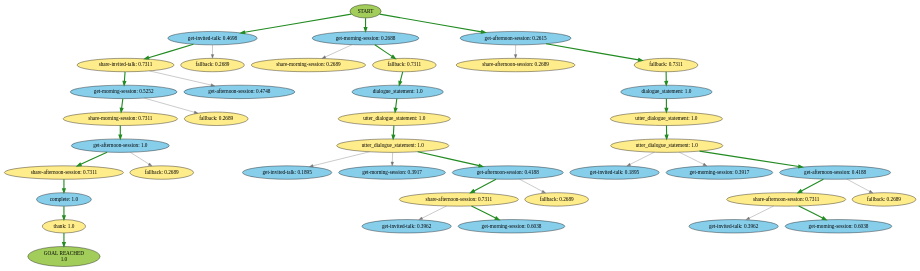
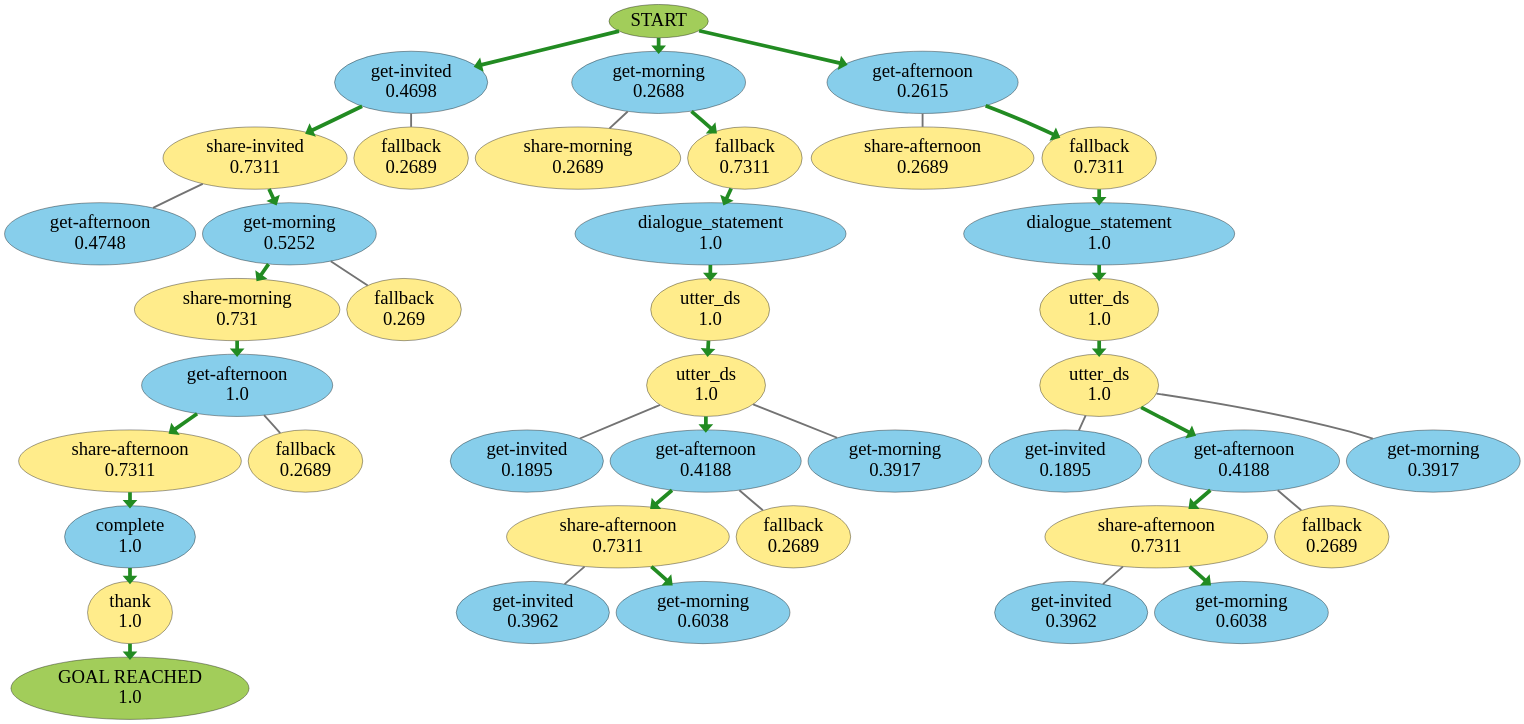
One commit to IBM/contingent-plan-executor changed the diagram in icaps_hi_f.gv. Above: the diagram before and after it, drawn with Graphviz. The commit also changed 9 other files, not shown here.

Commit message:
update utter_dialogue_statement to utter_ds

```diff
--- a/icaps_hi_f.gv
+++ b/icaps_hi_f.gv
@@ -1,106 +1,144 @@
 strict digraph {
-	0 [label=START fillcolor=darkolivegreen3 style=filled]
-	1 [label="get-invited-talk: 0.4698" fillcolor=skyblue style=filled]
-	0 -> 1 [color=forestgreen penwidth=3.0 style=dashed]
-	2 [label="get-morning-session: 0.2688" fillcolor=skyblue style=filled]
-	0 -> 2 [color=forestgreen penwidth=3.0 style=dashed]
-	3 [label="get-afternoon-session: 0.2615" fillcolor=skyblue style=filled]
-	0 -> 3 [color=forestgreen penwidth=3.0 style=dashed]
-	4 [label="share-invited-talk: 0.7311" fillcolor=lightgoldenrod1 style=filled]
-	1 -> 4 [color=forestgreen penwidth=3.0 style=dashed]
-	5 [label="fallback: 0.2689" fillcolor=lightgoldenrod1 style=filled]
-	1 -> 5 [color=grey45 penwidth=1.0 style=solid]
-	6 [label="share-morning-session: 0.2689" fillcolor=lightgoldenrod1 style=filled]
-	2 -> 6 [color=grey45 penwidth=1.0 style=solid]
-	7 [label="fallback: 0.7311" fillcolor=lightgoldenrod1 style=filled]
-	2 -> 7 [color=forestgreen penwidth=3.0 style=dashed]
-	8 [label="share-afternoon-session: 0.2689" fillcolor=lightgoldenrod1 style=filled]
-	3 -> 8 [color=grey45 penwidth=1.0 style=solid]
-	9 [label="fallback: 0.7311" fillcolor=lightgoldenrod1 style=filled]
-	3 -> 9 [color=forestgreen penwidth=3.0 style=dashed]
-	10 [label="get-morning-session: 0.5252" fillcolor=skyblue style=filled]
-	4 -> 10 [color=forestgreen penwidth=3.0 style=dashed]
-	11 [label="get-afternoon-session: 0.4748" fillcolor=skyblue style=filled]
-	4 -> 11 [color=grey45 penwidth=1.0 style=solid]
-	12 [label="dialogue_statement: 1.0" fillcolor=skyblue style=filled]
-	7 -> 12 [color=forestgreen penwidth=3.0 style=dashed]
-	13 [label="dialogue_statement: 1.0" fillcolor=skyblue style=filled]
-	9 -> 13 [color=forestgreen penwidth=3.0 style=dashed]
-	14 [label="utter_dialogue_statement: 1.0" fillcolor=lightgoldenrod1 style=filled]
-	12 -> 14 [color=forestgreen penwidth=3.0 style=dashed]
-	15 [label="utter_dialogue_statement: 1.0" fillcolor=lightgoldenrod1 style=filled]
-	13 -> 15 [color=forestgreen penwidth=3.0 style=dashed]
-	16 [label="utter_dialogue_statement: 1.0" fillcolor=lightgoldenrod1 style=filled]
-	14 -> 16 [color=forestgreen penwidth=3.0 style=dashed]
-	17 [label="utter_dialogue_statement: 1.0" fillcolor=lightgoldenrod1 style=filled]
-	15 -> 17 [color=forestgreen penwidth=3.0 style=dashed]
-	18 [label="share-morning-session: 0.7311" fillcolor=lightgoldenrod1 style=filled]
-	10 -> 18 [color=forestgreen penwidth=3.0 style=dashed]
-	19 [label="fallback: 0.2689" fillcolor=lightgoldenrod1 style=filled]
-	10 -> 19 [color=grey45 penwidth=1.0 style=solid]
-	20 [label="get-invited-talk: 0.1895" fillcolor=skyblue style=filled]
-	16 -> 20 [color=grey45 penwidth=1.0 style=solid]
-	21 [label="get-morning-session: 0.3917" fillcolor=skyblue style=filled]
-	16 -> 21 [color=grey45 penwidth=1.0 style=solid]
-	22 [label="get-afternoon-session: 0.4188" fillcolor=skyblue style=filled]
-	16 -> 22 [color=forestgreen penwidth=3.0 style=dashed]
-	23 [label="get-invited-talk: 0.1895" fillcolor=skyblue style=filled]
-	17 -> 23 [color=grey45 penwidth=1.0 style=solid]
-	24 [label="get-morning-session: 0.3917" fillcolor=skyblue style=filled]
-	17 -> 24 [color=grey45 penwidth=1.0 style=solid]
-	25 [label="get-afternoon-session: 0.4188" fillcolor=skyblue style=filled]
-	17 -> 25 [color=forestgreen penwidth=3.0 style=dashed]
-	26 [label="get-afternoon-session: 1.0" fillcolor=skyblue style=filled]
-	18 -> 26 [color=forestgreen penwidth=3.0 style=dashed]
-	27 [label="share-afternoon-session: 0.7311" fillcolor=lightgoldenrod1 style=filled]
-	26 -> 27 [color=forestgreen penwidth=3.0 style=dashed]
-	28 [label="fallback: 0.2689" fillcolor=lightgoldenrod1 style=filled]
-	26 -> 28 [color=grey45 penwidth=1.0 style=solid]
-	29 [label="share-afternoon-session: 0.7311" fillcolor=lightgoldenrod1 style=filled]
-	22 -> 29 [color=forestgreen penwidth=3.0 style=dashed]
-	30 [label="fallback: 0.2689" fillcolor=lightgoldenrod1 style=filled]
-	22 -> 30 [color=grey45 penwidth=1.0 style=solid]
-	31 [label="share-afternoon-session: 0.7311" fillcolor=lightgoldenrod1 style=filled]
-	25 -> 31 [color=forestgreen penwidth=3.0 style=dashed]
-	32 [label="fallback: 0.2689" fillcolor=lightgoldenrod1 style=filled]
-	25 -> 32 [color=grey45 penwidth=1.0 style=solid]
-	33 [label="complete: 1.0" fillcolor=skyblue style=filled]
-	27 -> 33 [color=forestgreen penwidth=3.0 style=dashed]
-	34 [label="get-invited-talk: 0.3962" fillcolor=skyblue style=filled]
-	29 -> 34 [color=grey45 penwidth=1.0 style=solid]
-	35 [label="get-morning-session: 0.6038" fillcolor=skyblue style=filled]
-	29 -> 35 [color=forestgreen penwidth=3.0 style=dashed]
-	36 [label="get-invited-talk: 0.3962" fillcolor=skyblue style=filled]
-	31 -> 36 [color=grey45 penwidth=1.0 style=solid]
-	37 [label="get-morning-session: 0.6038" fillcolor=skyblue style=filled]
-	31 -> 37 [color=forestgreen penwidth=3.0 style=dashed]
-	38 [label="thank: 1.0" fillcolor=lightgoldenrod1 style=filled]
-	33 -> 38 [color=forestgreen penwidth=3.0 style=dashed]
+	0 [label=START fillcolor=darkolivegreen3 fontsize=50 style=filled]
+	1 [label="get-invited
+0.4698" fillcolor=skyblue fontsize=50 style=filled]
+	0 -> 1 [arrowhead=normal color=purple penwidth=10.0]
+	2 [label="get-morning
+0.2688" fillcolor=skyblue fontsize=50 style=filled]
+	0 -> 2 [arrowhead=normal color=purple penwidth=10.0]
+	3 [label="get-afternoon
+0.2615" fillcolor=skyblue fontsize=50 style=filled]
+	0 -> 3 [arrowhead=normal color=purple penwidth=10.0]
+	4 [label="share-invited
+0.7311" fillcolor=lightgoldenrod1 fontsize=50 style=filled]
+	1 -> 4 [arrowhead=normal color=purple penwidth=10.0]
+	5 [label="fallback
+0.2689" fillcolor=lightgoldenrod1 fontsize=50 style=filled]
+	1 -> 5 [arrowhead=none color=grey45 penwidth=5.0]
+	6 [label="share-morning
+0.2689" fillcolor=lightgoldenrod1 fontsize=50 style=filled]
+	2 -> 6 [arrowhead=none color=grey45 penwidth=5.0]
+	7 [label="fallback
+0.7311" fillcolor=lightgoldenrod1 fontsize=50 style=filled]
+	2 -> 7 [arrowhead=normal color=purple penwidth=10.0]
+	8 [label="share-afternoon
+0.2689" fillcolor=lightgoldenrod1 fontsize=50 style=filled]
+	3 -> 8 [arrowhead=none color=grey45 penwidth=5.0]
+	9 [label="fallback
+0.7311" fillcolor=lightgoldenrod1 fontsize=50 style=filled]
+	3 -> 9 [arrowhead=normal color=purple penwidth=10.0]
+	10 [label="get-afternoon
+0.4748" fillcolor=skyblue fontsize=50 style=filled]
+	4 -> 10 [arrowhead=none color=grey45 penwidth=5.0]
+	11 [label="get-morning
+0.5252" fillcolor=skyblue fontsize=50 style=filled]
+	4 -> 11 [arrowhead=normal color=purple penwidth=10.0]
+	12 [label="dialogue_statement
+1.0" fillcolor=skyblue fontsize=50 style=filled]
+	7 -> 12 [arrowhead=normal color=purple penwidth=10.0]
+	13 [label="dialogue_statement
+1.0" fillcolor=skyblue fontsize=50 style=filled]
+	9 -> 13 [arrowhead=normal color=purple penwidth=10.0]
+	14 [label="utter_ds
+1.0" fillcolor=lightgoldenrod1 fontsize=50 style=filled]
+	12 -> 14 [arrowhead=normal color=purple penwidth=10.0]
+	15 [label="utter_ds
+1.0" fillcolor=lightgoldenrod1 fontsize=50 style=filled]
+	13 -> 15 [arrowhead=normal color=purple penwidth=10.0]
+	16 [label="utter_ds
+1.0" fillcolor=lightgoldenrod1 fontsize=50 style=filled]
+	14 -> 16 [arrowhead=normal color=purple penwidth=10.0]
+	17 [label="utter_ds
+1.0" fillcolor=lightgoldenrod1 fontsize=50 style=filled]
+	15 -> 17 [arrowhead=normal color=purple penwidth=10.0]
+	18 [label="share-morning
+0.731" fillcolor=lightgoldenrod1 fontsize=50 style=filled]
+	11 -> 18 [arrowhead=normal color=purple penwidth=10.0]
+	19 [label="fallback
+0.269" fillcolor=lightgoldenrod1 fontsize=50 style=filled]
+	11 -> 19 [arrowhead=none color=grey45 penwidth=5.0]
+	20 [label="get-invited
+0.1895" fillcolor=skyblue fontsize=50 style=filled]
+	16 -> 20 [arrowhead=none color=grey45 penwidth=5.0]
+	21 [label="get-afternoon
+0.4188" fillcolor=skyblue fontsize=50 style=filled]
+	16 -> 21 [arrowhead=normal color=purple penwidth=10.0]
+	22 [label="get-morning
+0.3917" fillcolor=skyblue fontsize=50 style=filled]
+	16 -> 22 [arrowhead=none color=grey45 penwidth=5.0]
+	23 [label="get-invited
+0.1895" fillcolor=skyblue fontsize=50 style=filled]
+	17 -> 23 [arrowhead=none color=grey45 penwidth=5.0]
+	24 [label="get-afternoon
+0.4188" fillcolor=skyblue fontsize=50 style=filled]
+	17 -> 24 [arrowhead=normal color=purple penwidth=10.0]
+	25 [label="get-morning
+0.3917" fillcolor=skyblue fontsize=50 style=filled]
+	17 -> 25 [arrowhead=none color=grey45 penwidth=5.0]
+	26 [label="get-afternoon
+1.0" fillcolor=skyblue fontsize=50 style=filled]
+	18 -> 26 [arrowhead=normal color=purple penwidth=10.0]
+	27 [label="share-afternoon
+0.7311" fillcolor=lightgoldenrod1 fontsize=50 style=filled]
+	26 -> 27 [arrowhead=normal color=purple penwidth=10.0]
+	28 [label="fallback
+0.2689" fillcolor=lightgoldenrod1 fontsize=50 style=filled]
+	26 -> 28 [arrowhead=none color=grey45 penwidth=5.0]
+	29 [label="share-afternoon
+0.7311" fillcolor=lightgoldenrod1 fontsize=50 style=filled]
+	21 -> 29 [arrowhead=normal color=purple penwidth=10.0]
+	30 [label="fallback
+0.2689" fillcolor=lightgoldenrod1 fontsize=50 style=filled]
+	21 -> 30 [arrowhead=none color=grey45 penwidth=5.0]
+	31 [label="share-afternoon
+0.7311" fillcolor=lightgoldenrod1 fontsize=50 style=filled]
+	24 -> 31 [arrowhead=normal color=purple penwidth=10.0]
+	32 [label="fallback
+0.2689" fillcolor=lightgoldenrod1 fontsize=50 style=filled]
+	24 -> 32 [arrowhead=none color=grey45 penwidth=5.0]
+	33 [label="complete
+1.0" fillcolor=skyblue fontsize=50 style=filled]
+	27 -> 33 [arrowhead=normal color=purple penwidth=10.0]
+	34 [label="get-invited
+0.3962" fillcolor=skyblue fontsize=50 style=filled]
+	29 -> 34 [arrowhead=none color=grey45 penwidth=5.0]
+	35 [label="get-morning
+0.6038" fillcolor=skyblue fontsize=50 style=filled]
+	29 -> 35 [arrowhead=normal color=purple penwidth=10.0]
+	36 [label="get-invited
+0.3962" fillcolor=skyblue fontsize=50 style=filled]
+	31 -> 36 [arrowhead=none color=grey45 penwidth=5.0]
+	37 [label="get-morning
+0.6038" fillcolor=skyblue fontsize=50 style=filled]
+	31 -> 37 [arrowhead=normal color=purple penwidth=10.0]
+	38 [label="thank
+1.0" fillcolor=lightgoldenrod1 fontsize=50 style=filled]
+	33 -> 38 [arrowhead=normal color=purple penwidth=10.0]
 	39 [label="GOAL REACHED
-1.0" fillcolor=darkolivegreen3 style=filled]
-	38 -> 39 [color=forestgreen penwidth=3.0]
-	0 -> 1 [style=solid]
-	1 -> 4 [style=solid]
-	4 -> 10 [style=solid]
-	10 -> 18 [style=solid]
-	18 -> 26 [style=solid]
-	26 -> 27 [style=solid]
-	27 -> 33 [style=solid]
-	33 -> 38 [style=solid]
-	0 -> 2 [style=solid]
-	2 -> 7 [style=solid]
-	7 -> 12 [style=solid]
-	12 -> 14 [style=solid]
-	14 -> 16 [style=solid]
-	16 -> 22 [style=solid]
-	22 -> 29 [style=solid]
-	29 -> 35 [style=solid]
-	0 -> 3 [style=solid]
-	3 -> 9 [style=solid]
-	9 -> 13 [style=solid]
-	13 -> 15 [style=solid]
-	15 -> 17 [style=solid]
-	17 -> 25 [style=solid]
-	25 -> 31 [style=solid]
-	31 -> 37 [style=solid]
+1.0" fillcolor=darkolivegreen3 fontsize=50 style=filled]
+	38 -> 39 [color=forestgreen penwidth=10.0]
+	0 -> 1 [arrowhead=normal color=forestgreen penwidth=10.0]
+	1 -> 4 [arrowhead=normal color=forestgreen penwidth=10.0]
+	4 -> 11 [arrowhead=normal color=forestgreen penwidth=10.0]
+	11 -> 18 [arrowhead=normal color=forestgreen penwidth=10.0]
+	18 -> 26 [arrowhead=normal color=forestgreen penwidth=10.0]
+	26 -> 27 [arrowhead=normal color=forestgreen penwidth=10.0]
+	27 -> 33 [arrowhead=normal color=forestgreen penwidth=10.0]
+	33 -> 38 [arrowhead=normal color=forestgreen penwidth=10.0]
+	0 -> 2 [arrowhead=normal color=forestgreen penwidth=10.0]
+	2 -> 7 [arrowhead=normal color=forestgreen penwidth=10.0]
+	7 -> 12 [arrowhead=normal color=forestgreen penwidth=10.0]
+	12 -> 14 [arrowhead=normal color=forestgreen penwidth=10.0]
+	14 -> 16 [arrowhead=normal color=forestgreen penwidth=10.0]
+	16 -> 21 [arrowhead=normal color=forestgreen penwidth=10.0]
+	21 -> 29 [arrowhead=normal color=forestgreen penwidth=10.0]
+	29 -> 35 [arrowhead=normal color=forestgreen penwidth=10.0]
+	0 -> 3 [arrowhead=normal color=forestgreen penwidth=10.0]
+	3 -> 9 [arrowhead=normal color=forestgreen penwidth=10.0]
+	9 -> 13 [arrowhead=normal color=forestgreen penwidth=10.0]
+	13 -> 15 [arrowhead=normal color=forestgreen penwidth=10.0]
+	15 -> 17 [arrowhead=normal color=forestgreen penwidth=10.0]
+	17 -> 24 [arrowhead=normal color=forestgreen penwidth=10.0]
+	24 -> 31 [arrowhead=normal color=forestgreen penwidth=10.0]
+	31 -> 37 [arrowhead=normal color=forestgreen penwidth=10.0]
 }
```
